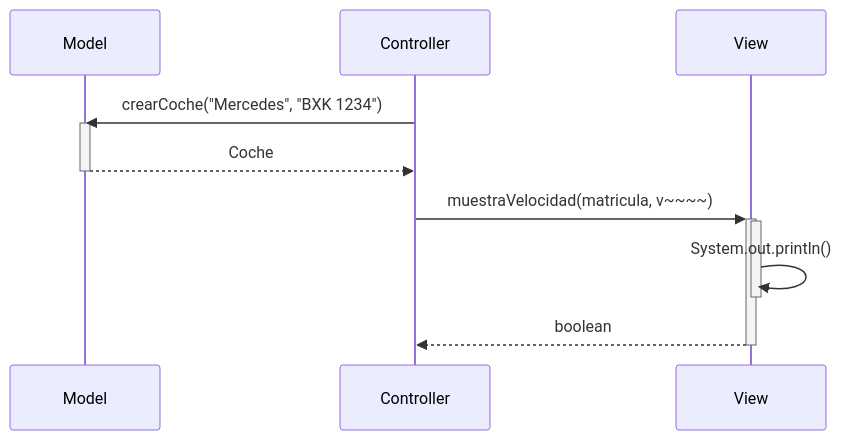
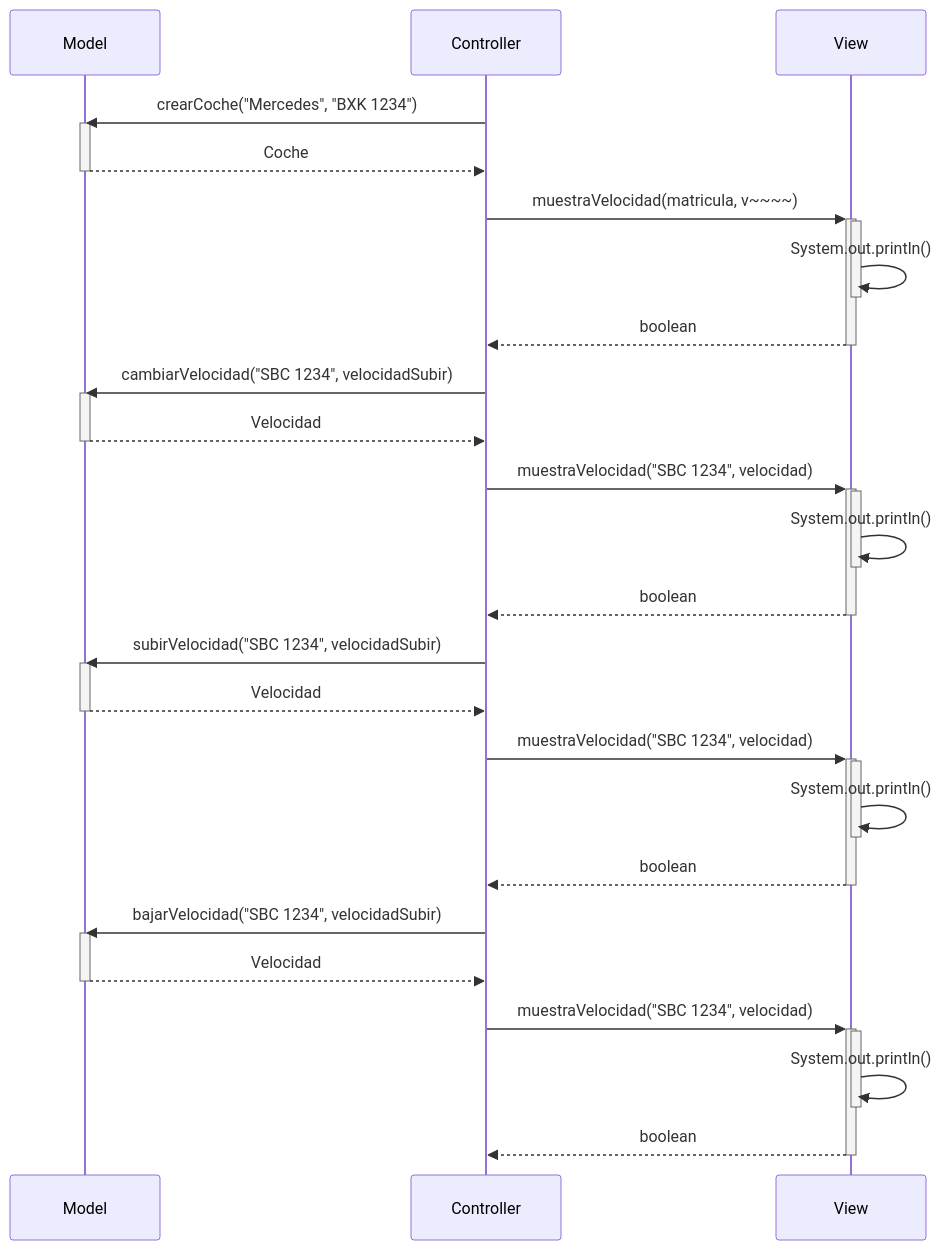
The third of 3 diagrams in Readme.md (damiancastelao/MVC_coches_solucion), drawn with Mermaid before and after one commit. The commit also changed other lines of this file and 1 other file, not shown here.

Commit message:
Todo perfecto sin fallos en teoria

````diff
--- a/Readme.md
+++ b/Readme.md
@@ -58,15 +76,42 @@
 ```mermaid
 sequenceDiagram
     participant Model
     participant Controller
     participant View
     Controller->>Model: crearCoche("Mercedes", "BXK 1234")
     activate Model
     Model-->>Controller: Coche
     deactivate Model
     Controller->>+View: muestraVelocidad(matricula, v~~~~)
     activate View
     View->>-View: System.out.println()
     View-->>Controller: boolean
     deactivate View
+    Controller->>Model: cambiarVelocidad("SBC 1234", velocidadSubir)
+    activate Model
+    Model-->>Controller: Velocidad
+    deactivate Model
+    Controller->>+View: muestraVelocidad("SBC 1234", velocidad)
+    activate View
+    View->>-View: System.out.println()
+    View-->>Controller: boolean
+    deactivate View
+    Controller->>Model: subirVelocidad("SBC 1234", velocidadSubir)
+    activate Model
+    Model-->>Controller: Velocidad
+    deactivate Model
+    Controller->>+View: muestraVelocidad("SBC 1234", velocidad)
+    activate View
+    View->>-View: System.out.println()
+    View-->>Controller: boolean
+    deactivate View
+    Controller->>Model: bajarVelocidad("SBC 1234", velocidadSubir)
+    activate Model
+    Model-->>Controller: Velocidad
+    deactivate Model
+    Controller->>+View: muestraVelocidad("SBC 1234", velocidad)
+    activate View
+    View->>-View: System.out.println()
+    View-->>Controller: boolean
+    deactivate View
 ```
````
